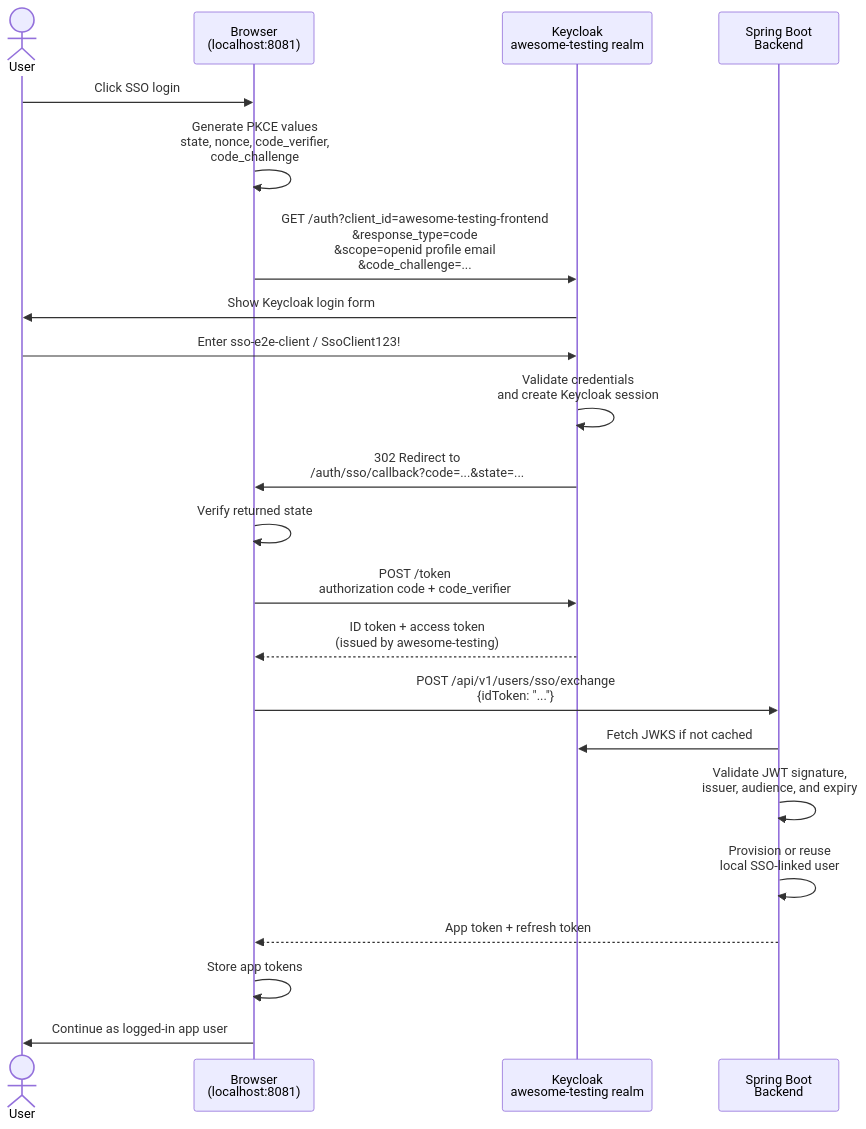
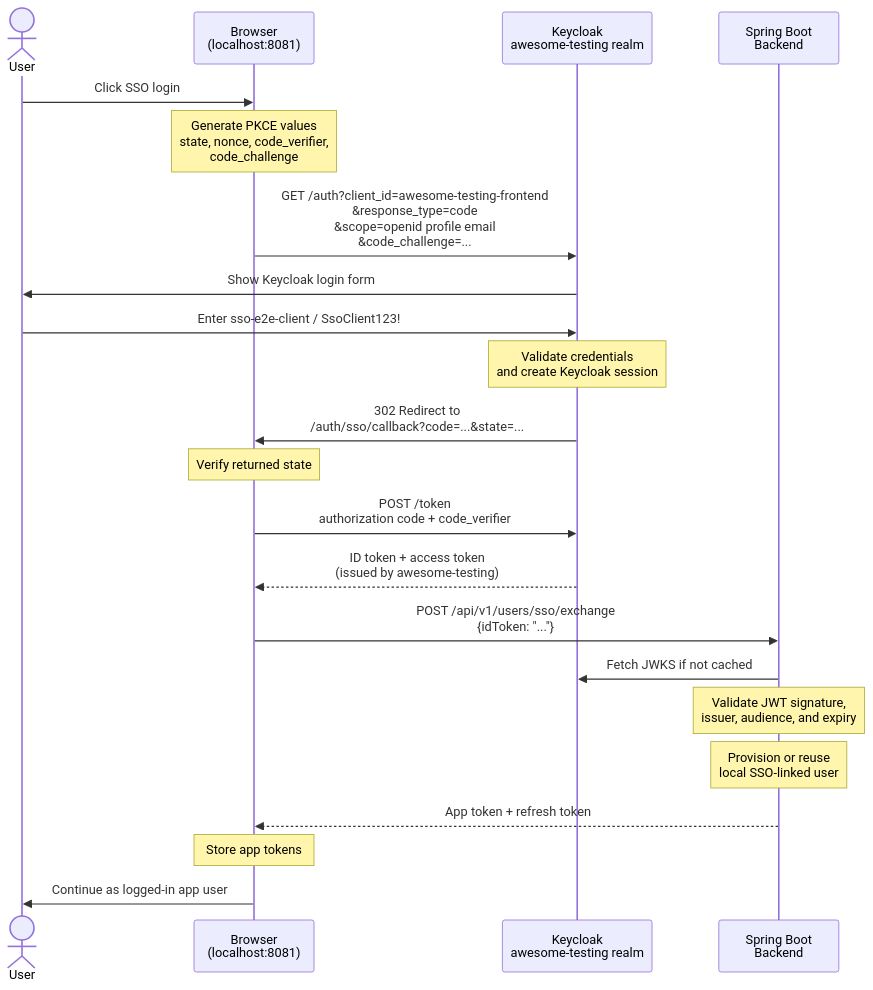
One commit to slawekradzyminski/awesome-localstack changed the fourth of 6 diagrams in docs/SSO_FLOW.md. Above: the diagram before and after it, drawn with Mermaid. The commit also changed other lines of this file and 89 other files, not shown here.

````diff
--- a/docs/SSO_FLOW.md
+++ b/docs/SSO_FLOW.md
@@ -153,25 +129,25 @@
 ```mermaid
 sequenceDiagram
     actor User
     participant Browser as Browser<br/>(localhost:8081)
     participant KC as Keycloak<br/>awesome-testing realm
     participant Backend as Spring Boot<br/>Backend
 
     User->>Browser: Click SSO login
-    Browser->>Browser: Generate PKCE values<br/>state, nonce, code_verifier,<br/>code_challenge
+    Note over Browser: Generate PKCE values<br/>state, nonce, code_verifier,<br/>code_challenge
     Browser->>KC: GET /auth?client_id=awesome-testing-frontend<br/>&response_type=code<br/>&scope=openid profile email<br/>&code_challenge=...
     KC->>User: Show Keycloak login form
     User->>KC: Enter sso-e2e-client / SsoClient123!
-    KC->>KC: Validate credentials<br/>and create Keycloak session
+    Note over KC: Validate credentials<br/>and create Keycloak session
     KC->>Browser: 302 Redirect to<br/>/auth/sso/callback?code=...&state=...
-    Browser->>Browser: Verify returned state
+    Note over Browser: Verify returned state
     Browser->>KC: POST /token<br/>authorization code + code_verifier
     KC-->>Browser: ID token + access token<br/>(issued by awesome-testing)
     Browser->>Backend: POST /api/v1/users/sso/exchange<br/>{idToken: "..."}
     Backend->>KC: Fetch JWKS if not cached
-    Backend->>Backend: Validate JWT signature,<br/>issuer, audience, and expiry
-    Backend->>Backend: Provision or reuse<br/>local SSO-linked user
+    Note over Backend: Validate JWT signature,<br/>issuer, audience, and expiry
+    Note over Backend: Provision or reuse<br/>local SSO-linked user
     Backend-->>Browser: App token + refresh token
-    Browser->>Browser: Store app tokens
+    Note over Browser: Store app tokens
     Browser->>User: Continue as logged-in app user
 ```
````
